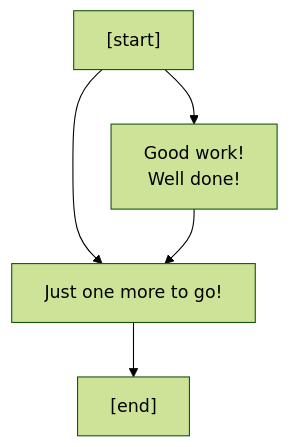
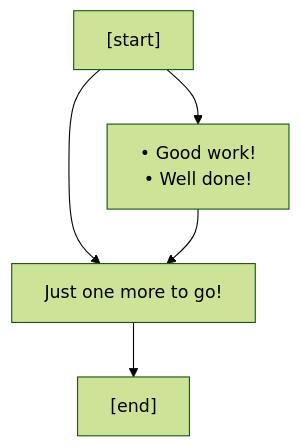
The third of 6 diagrams in src/core/lore/graphs/build_and_power.md (charredUtensil/groundhog), drawn with Mermaid (forest theme) before and after one commit. The commit also changed other lines of this file and 7 other files, not shown here.

````diff
--- a/src/core/lore/graphs/build_and_power.md
+++ b/src/core/lore/graphs/build_and_power.md
@@ -36,11 +36,11 @@
 ```mermaid
 flowchart TD;
 P0["[start]"]
 P0 --> P1
 P0 --> P2
-P1["Good work!<br/>Well done!"]
+P1["&bull; Good work!<br/>&bull; Well done!"]
 P1 --> P2
 P2["Just one more to go!"]
 P2 --> P3
 P3["[end]"]
 ```
````
